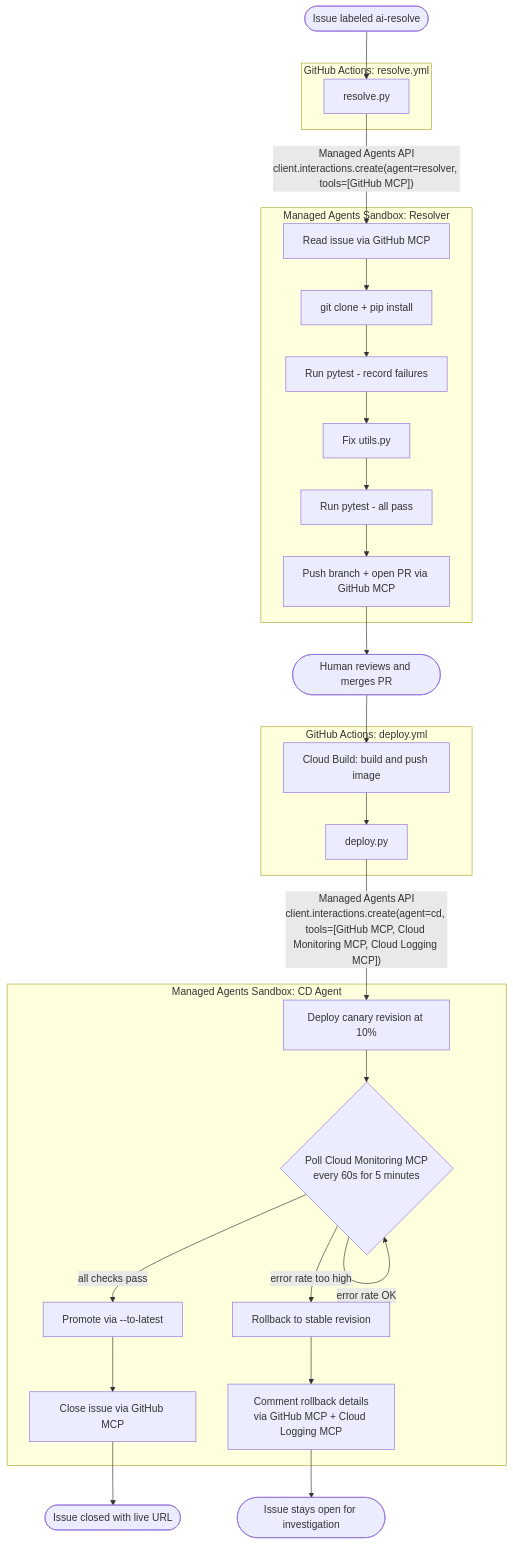
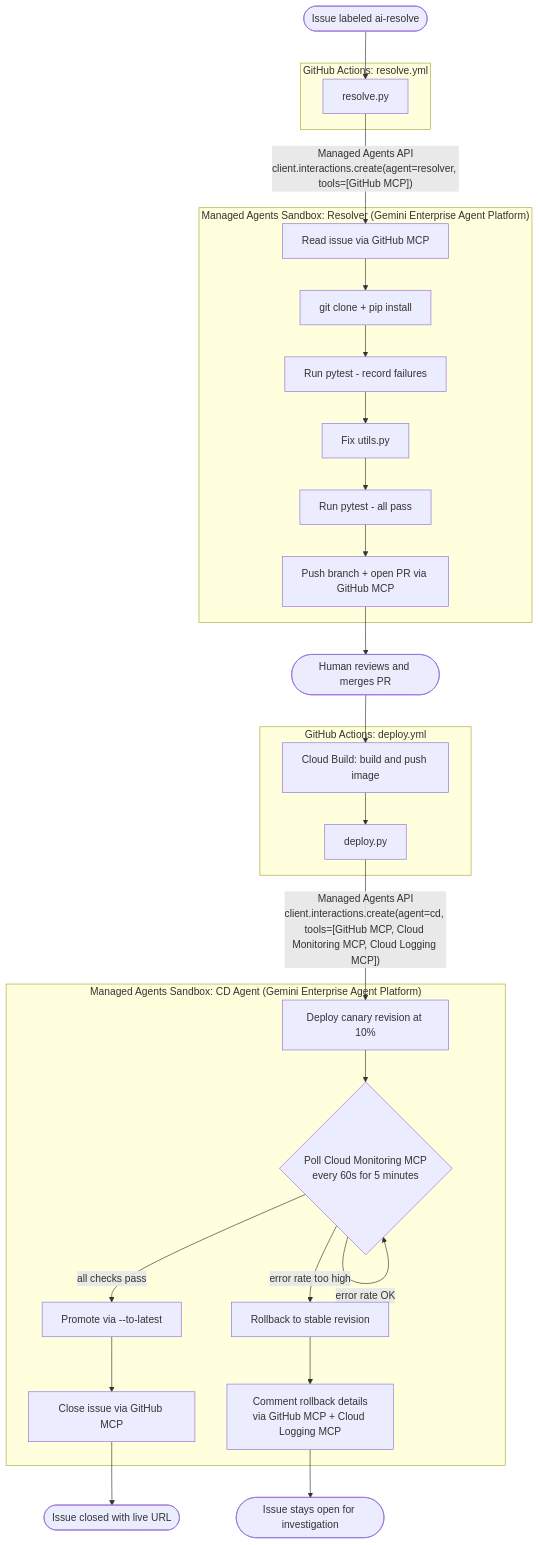
One commit to Saoussen-CH/github-issue-resolver changed the diagram in README.md. Above: the diagram before and after it, drawn with Mermaid. The commit also changed other lines of this file, not shown here.

First line of the commit message:
Update README: Gemini Enterprise Agent Platform, add codelab/docs structure

````diff
--- a/README.md
+++ b/README.md
@@ -17,42 +17,42 @@
 ```mermaid
 flowchart TD
     A([Issue labeled ai-resolve]) --> B
 
     subgraph GHA1["GitHub Actions: resolve.yml"]
         B[resolve.py]
     end
 
     B -->|"Managed Agents API\nclient.interactions.create(agent=resolver, tools=[GitHub MCP])"| C
 
-    subgraph RA["Managed Agents Sandbox: Resolver"]
+    subgraph RA["Managed Agents Sandbox: Resolver (Gemini Enterprise Agent Platform)"]
         C[Read issue via GitHub MCP]
         C --> D["git clone + pip install"]
         D --> E[Run pytest - record failures]
         E --> F[Fix utils.py]
         F --> G[Run pytest - all pass]
         G --> H[Push branch + open PR via GitHub MCP]
     end
 
     H --> I([Human reviews and merges PR])
     I --> J
 
     subgraph GHA2["GitHub Actions: deploy.yml"]
         J[Cloud Build: build and push image]
         J --> K[deploy.py]
     end
 
     K -->|"Managed Agents API\nclient.interactions.create(agent=cd, tools=[GitHub MCP, Cloud Monitoring MCP, Cloud Logging MCP])"| L
 
-    subgraph CDA["Managed Agents Sandbox: CD Agent"]
+    subgraph CDA["Managed Agents Sandbox: CD Agent (Gemini Enterprise Agent Platform)"]
         L[Deploy canary revision at 10%]
         L --> M{Poll Cloud Monitoring MCP\nevery 60s for 5 minutes}
         M -->|error rate OK| M
         M -->|all checks pass| N[Promote via --to-latest]
         M -->|error rate too high| O[Rollback to stable revision]
         N --> P[Close issue via GitHub MCP]
         O --> Q[Comment rollback details\nvia GitHub MCP + Cloud Logging MCP]
     end
 
     P --> R([Issue closed with live URL])
     Q --> S([Issue stays open for investigation])
 ```
````
